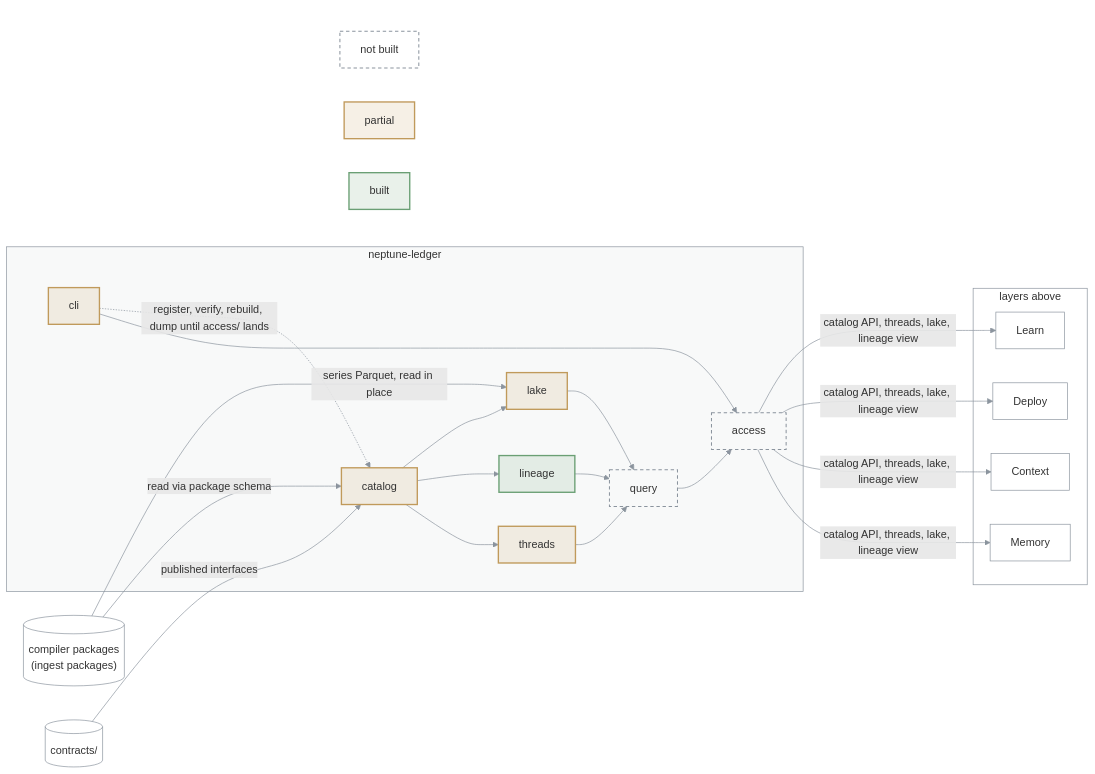
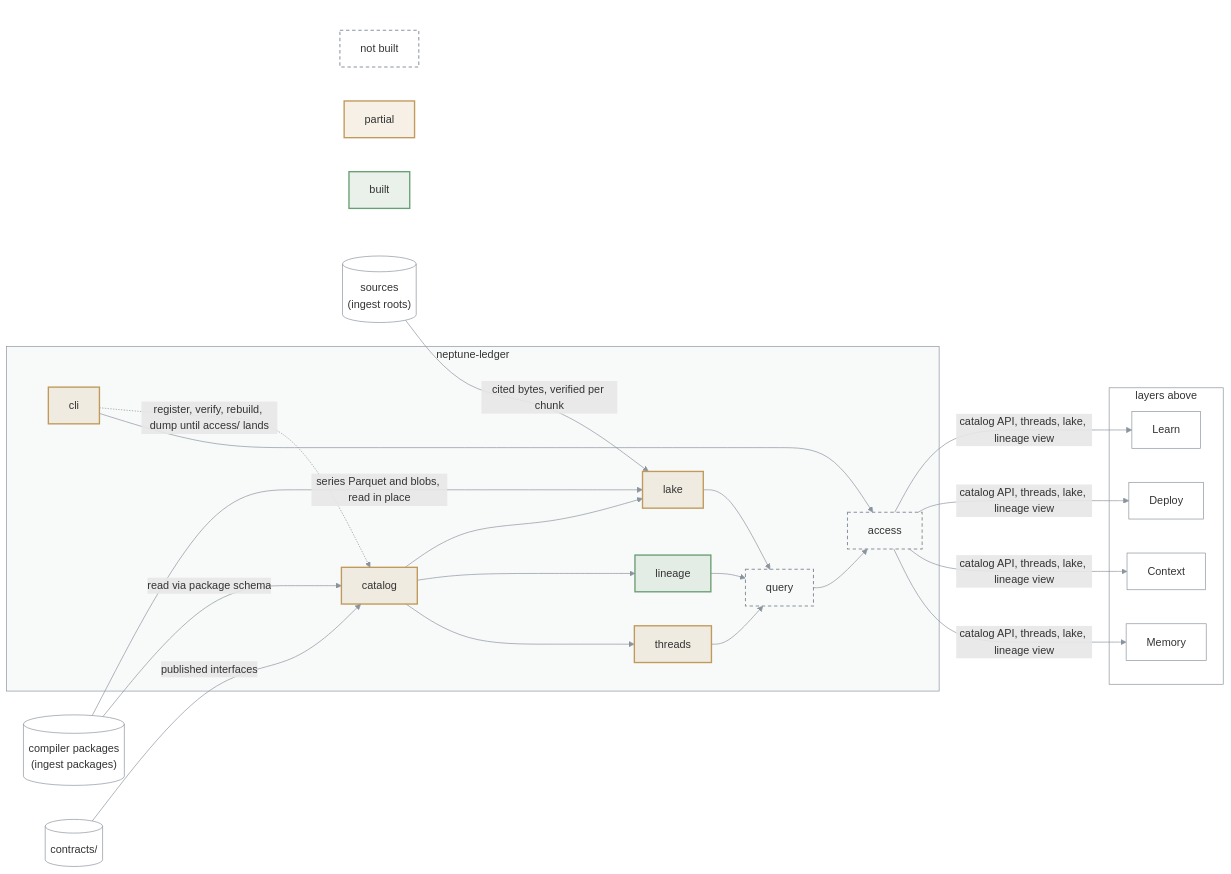
One commit to bennytay/neptune changed the diagram in packages/neptune-ledger/ARCHITECTURE.md. Above: the diagram before and after it, drawn with Mermaid. The commit also changed 5 other files, not shown here.

````diff
--- a/packages/neptune-ledger/ARCHITECTURE.md
+++ b/packages/neptune-ledger/ARCHITECTURE.md
@@ -3,56 +3,58 @@
 ```mermaid
 flowchart LR
   PKG[("compiler packages<br/>(ingest packages)")]
+  SRC[("sources<br/>(ingest roots)")]
   CON[("contracts/")]
 
   subgraph L["neptune-ledger"]
     CAT["catalog"]
     THR["threads"]
     LIN["lineage"]
     LAKE["lake"]
     QRY["query"]
     ACC["access"]
     CLI["cli"]
   end
 
   subgraph UP["layers above"]
     MEM["Memory"]
     CTX["Context"]
     DEP["Deploy"]
     LRN["Learn"]
   end
 
   PKG -->|read via package schema| CAT
-  PKG -->|series Parquet, read in place| LAKE
+  PKG -->|series Parquet and blobs, read in place| LAKE
+  SRC -->|cited bytes, verified per chunk| LAKE
   CON -->|published interfaces| CAT
   CAT --> THR
   CAT --> LIN
   CAT --> LAKE
   THR --> QRY
   LIN --> QRY
   LAKE --> QRY
   QRY --> ACC
   ACC -->|catalog API, threads, lake, lineage view| MEM & CTX & DEP & LRN
   CLI --> ACC
   CLI -.->|register, verify, rebuild, dump until access/ lands| CAT
 
   subgraph KEY[" "]
     K1["built"]
     K2["partial"]
     K3["not built"]
   end
   CLI ~~~ K1 & K2 & K3
 
   classDef built fill:#6a9f7426,stroke:#6a9f74,stroke-width:2px
   classDef partial fill:#c09a5b26,stroke:#c09a5b,stroke-width:2px
   classDef todo fill:none,stroke:#8b949e,stroke-width:1.5px,stroke-dasharray:5 4
   classDef ext fill:none,stroke:#8b949e,stroke-width:1px
   class LIN,K1 built
   class CAT,THR,CLI,LAKE,K2 partial
   class QRY,ACC,K3 todo
-  class PKG,CON,MEM,CTX,DEP,LRN ext
+  class PKG,SRC,CON,MEM,CTX,DEP,LRN ext
   style L fill:#8b949e0f,stroke:#8b949e
   style UP fill:none,stroke:#8b949e
   style KEY fill:none,stroke:none
   linkStyle default stroke:#8b949e
 ```
````
